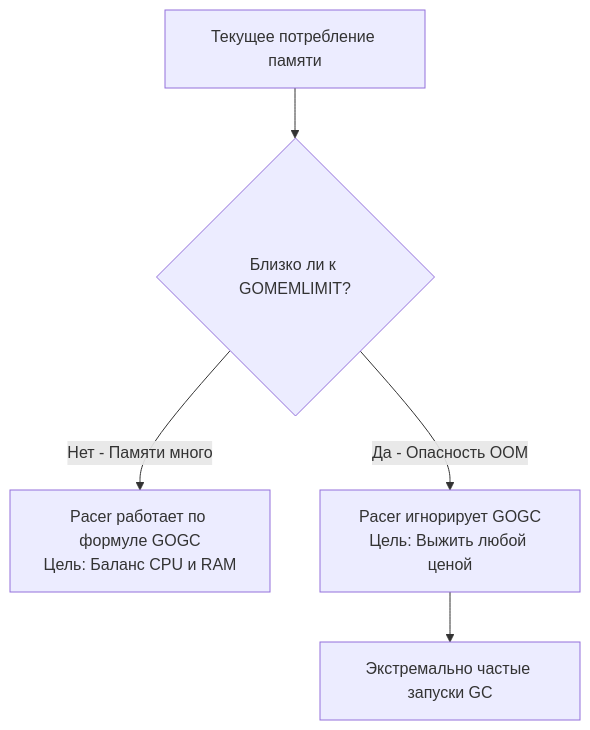
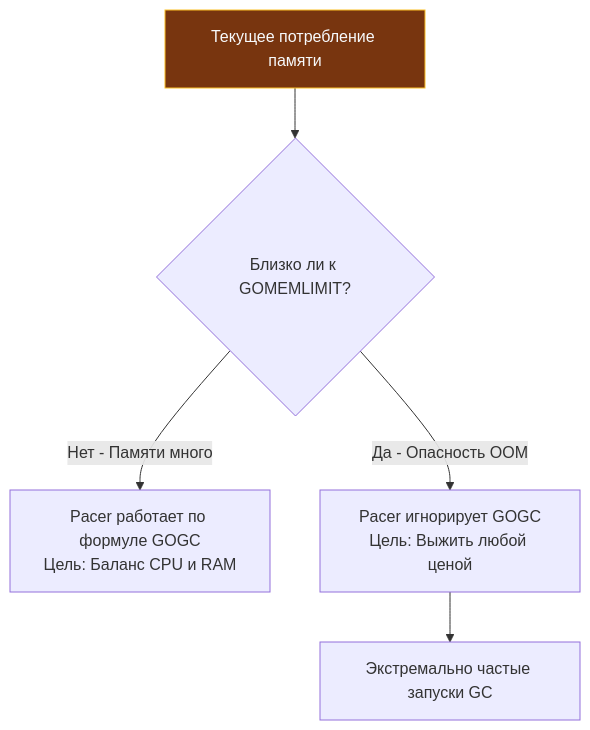
The diagram in sources/7. Глубокий Go (Внутреннее устройство)/28. Тюнинг GC. GOGC, GOMEMLIMIT и memory ballast.md (UnrealTemplier/go-textbook), drawn with Mermaid before and after one commit. The commit also changed 1666 other files, not shown here.

First line of the commit message:
feat(mermaid): add semantic color classDef to 1369 colorless flowchart/graph diagrams

````diff
--- a/sources/7. Глубокий Go (Внутреннее устройство)/28. Тюнинг GC. GOGC, GOMEMLIMIT и memory ballast.md
+++ b/sources/7. Глубокий Go (Внутреннее устройство)/28. Тюнинг GC. GOGC, GOMEMLIMIT и memory ballast.md
@@ -101,9 +101,19 @@
 ```mermaid
 flowchart TD
-    MEM["Текущее потребление памяти"] --> LIMIT{"Близко ли к GOMEMLIMIT?"}
+    classDef process  fill:#1e293b,stroke:#38bdf8,stroke-width:1px,color:#f8fafc
+    classDef success  fill:#064e3b,stroke:#34d399,stroke-width:1px,color:#f8fafc
+    classDef error    fill:#7f1d1d,stroke:#f87171,stroke-width:1px,color:#f8fafc
+    classDef warning  fill:#78350f,stroke:#fbbf24,stroke-width:1px,color:#f8fafc
+    classDef entry    fill:#1e3a5f,stroke:#38bdf8,stroke-width:2px,color:#f8fafc
+    classDef aux      fill:#334155,stroke:#64748b,stroke-width:1px,color:#f8fafc
+    classDef system   fill:#312e81,stroke:#a78bfa,stroke-width:1px,color:#f8fafc
+    classDef data     fill:#132d29,stroke:#2dd4bf,stroke-width:1px,color:#f8fafc
+    classDef network  fill:#881337,stroke:#fb7185,stroke-width:1px,color:#f8fafc
+    classDef accent   fill:#1e1b4b,stroke:#818cf8,stroke-width:1px,color:#f8fafc
+    MEM["Текущее потребление памяти"]:::warning --> LIMIT{"Близко ли к GOMEMLIMIT?"}
     
     LIMIT -->|"Нет - Памяти много"| P_GOGC["Pacer работает по формуле GOGC<br>Цель: Баланс CPU и RAM"]
     
     LIMIT -->|"Да - Опасность OOM"| P_LIMIT["Pacer игнорирует GOGC<br>Цель: Выжить любой ценой"]
     P_LIMIT --> AGGRESSIVE["Экстремально частые запуски GC"]
 ```
````
